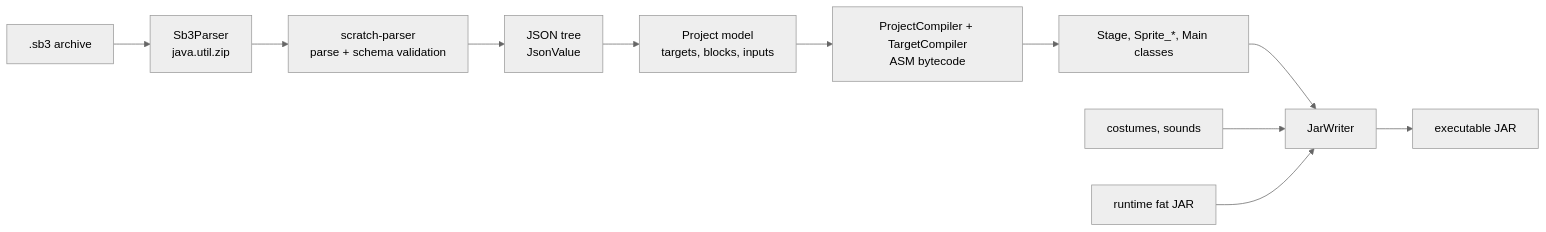
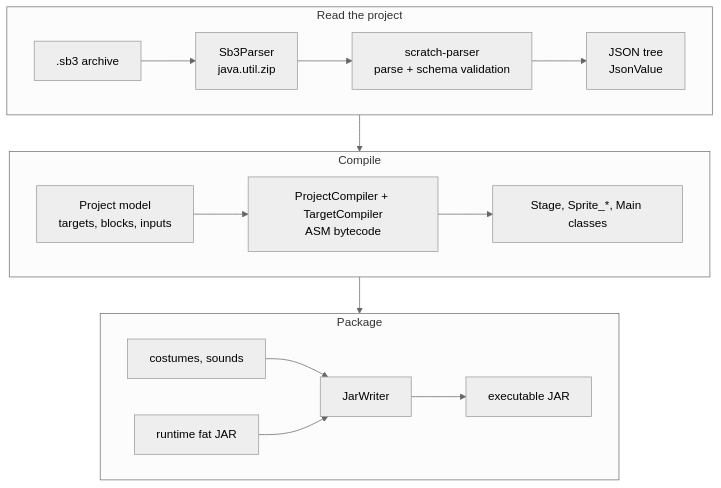
One commit to AstroBlocksMod/jScratch changed the first of 5 diagrams in docs/architecture.md. Above: the diagram before and after it, drawn with Mermaid (neutral theme).

Commit message:
make pipeline diagram easier to look at

````diff
--- a/docs/architecture.md
+++ b/docs/architecture.md
@@ -5,13 +5,22 @@
 ```mermaid
-flowchart LR
-    sb3[".sb3 archive"] --> unzip["Sb3Parser<br>java.util.zip"]
-    unzip --> sp["scratch-parser<br>parse + schema validation"]
-    sp --> tree["JSON tree<br>JsonValue"]
-    tree --> model["Project model<br>targets, blocks, inputs"]
-    model --> codegen["ProjectCompiler + TargetCompiler<br>ASM bytecode"]
-    codegen --> classes["Stage, Sprite_*, Main classes"]
-    classes --> jar["JarWriter"]
-    assets["costumes, sounds"] --> jar
-    runtime["runtime fat JAR"] --> jar
-    jar --> out["executable JAR"]
+flowchart TB
+    subgraph read ["Read the project"]
+        direction LR
+        sb3[".sb3 archive"] --> unzip["Sb3Parser<br>java.util.zip"]
+        unzip --> sp["scratch-parser<br>parse + schema validation"]
+        sp --> tree["JSON tree<br>JsonValue"]
+    end
+    subgraph compile ["Compile"]
+        direction LR
+        model["Project model<br>targets, blocks, inputs"] --> codegen["ProjectCompiler + TargetCompiler<br>ASM bytecode"]
+        codegen --> classes["Stage, Sprite_*, Main classes"]
+    end
+    subgraph package ["Package"]
+        direction LR
+        assets["costumes, sounds"] --> jar["JarWriter"]
+        runtime["runtime fat JAR"] --> jar
+        jar --> out["executable JAR"]
+    end
+    read --> compile
+    compile --> package
 ```
````
